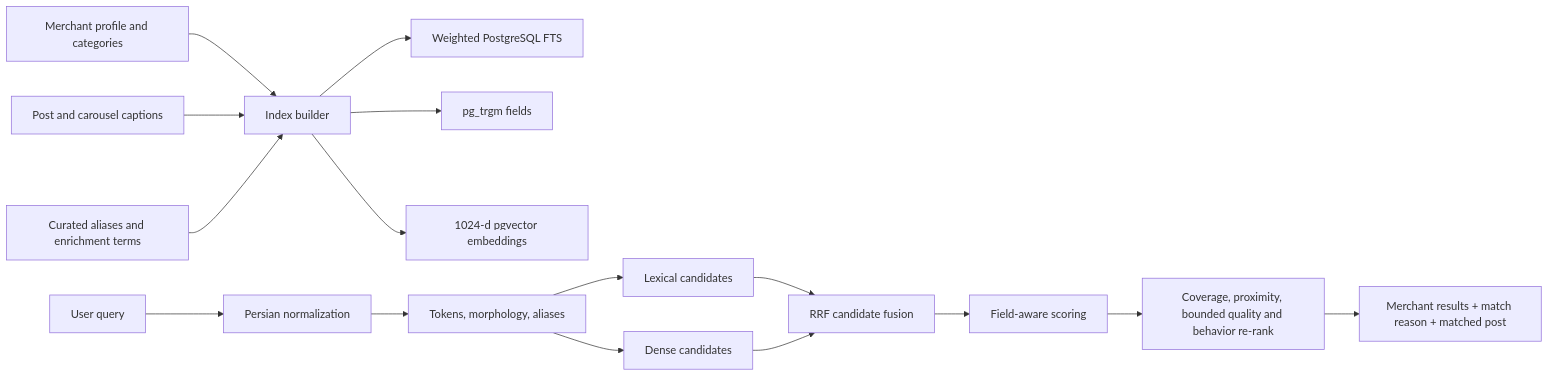
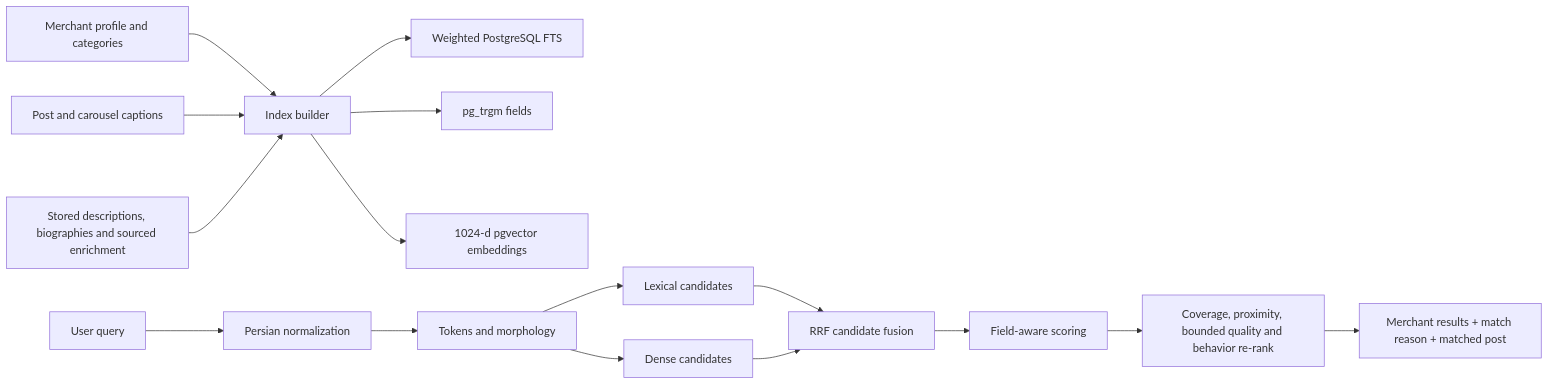
Before and after one commit to negarkamranian/kahoo: the diagram in docs/search-core-flow.md, drawn with Mermaid. The commit also changed other lines of this file and 64 other files, not shown here.

````diff
--- a/docs/search-core-flow.md
+++ b/docs/search-core-flow.md
@@ -12,19 +12,19 @@
 ```mermaid
 flowchart LR
     A[Merchant profile and categories] --> I[Index builder]
     B[Post and carousel captions] --> I
-    C[Curated aliases and enrichment terms] --> I
+    C[Stored descriptions, biographies and sourced enrichment] --> I
     I --> W[Weighted PostgreSQL FTS]
     I --> T[pg_trgm fields]
     I --> V[1024-d pgvector embeddings]
 
     Q[User query] --> N[Persian normalization]
-    N --> U[Tokens, morphology, aliases]
+    N --> U[Tokens and morphology]
     U --> L[Lexical candidates]
     U --> D[Dense candidates]
     L --> F[RRF candidate fusion]
     D --> F
     F --> S[Field-aware scoring]
     S --> R[Coverage, proximity, bounded quality and behavior re-rank]
     R --> O[Merchant results + match reason + matched post]
 ```
````
